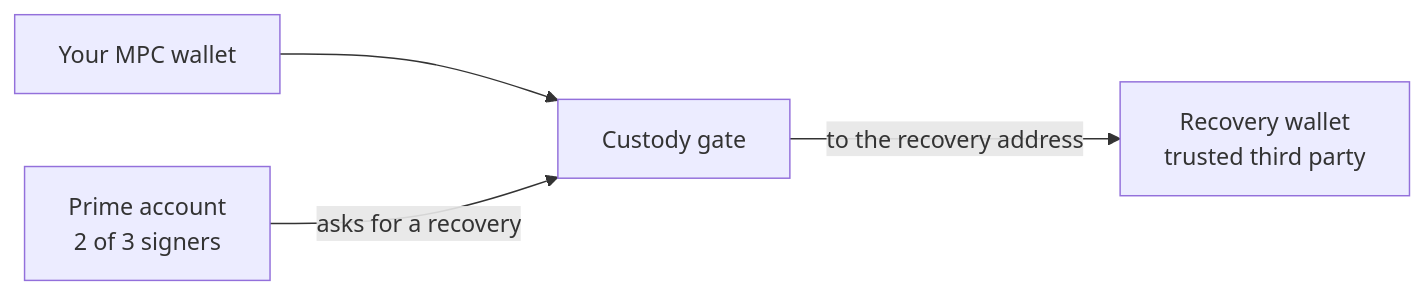
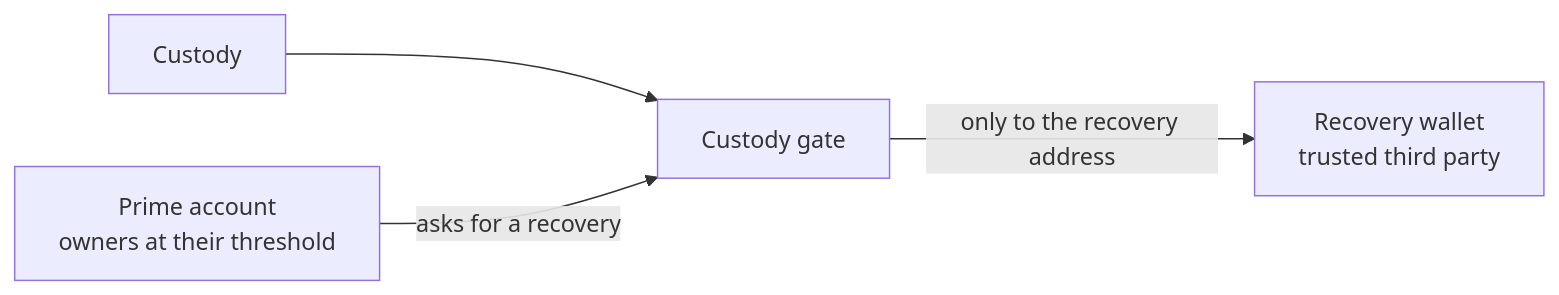
Before and after one commit to untangledfinance/oz-policy-builder: the third of 6 diagrams in docs/architecture.md, drawn with Mermaid. The commit also changed other lines of this file and 942 other files, not shown here.

````diff
--- a/docs/architecture.md
+++ b/docs/architecture.md
@@ -95,6 +89,6 @@
 ```mermaid
 flowchart LR
-    MPC["Your MPC wallet"] --> GATE["Custody gate"]
-    PRIME["Prime account<br/>2 of 3 signers"] -->|"asks for a recovery"| GATE
-    GATE -->|"to the recovery address"| REC["Recovery wallet<br/>trusted third party"]
+    MPC["Custody"] --> GATE["Custody gate"]
+    PRIME["Prime account<br/>owners at their threshold"] -->|"asks for a recovery"| GATE
+    GATE -->|"only to the recovery address"| REC["Recovery wallet<br/>trusted third party"]
 ```
````
